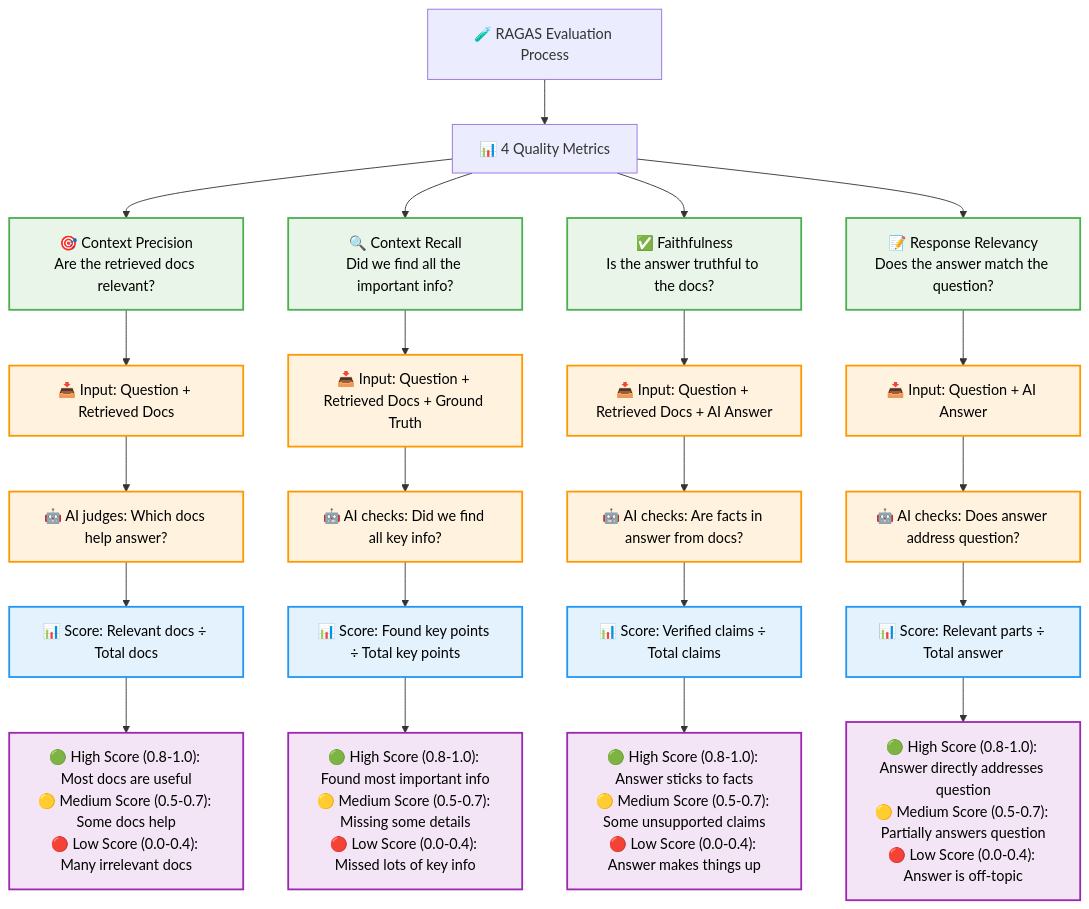
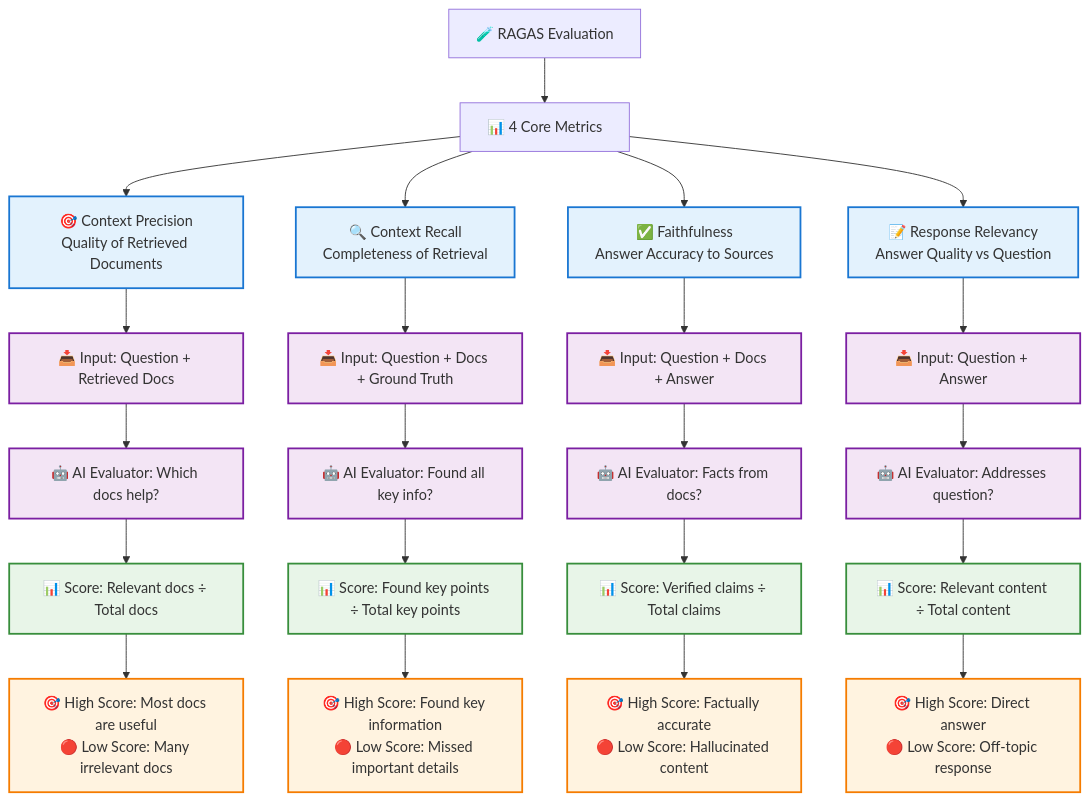
The sixth of 6 diagrams in readme.md (JoanEsquivel/local-rag), drawn with Mermaid before and after one commit. The commit also changed other lines of this file and 5 other files, not shown here.

````diff
--- a/readme.md
+++ b/readme.md
@@ -354,44 +889,43 @@
 ```mermaid
 graph TD
-    A["🧪 RAGAS Evaluation Process"] --> B["📊 4 Quality Metrics"]
+    A["🧪 RAGAS Evaluation"] --> B["📊 4 Core Metrics"]
     
-    B --> C1["🎯 Context Precision<br/>Are the retrieved docs relevant?"]
-    B --> C2["🔍 Context Recall<br/>Did we find all the important info?"]
-    B --> C3["✅ Faithfulness<br/>Is the answer truthful to the docs?"]
-    B --> C4["📝 Response Relevancy<br/>Does the answer match the question?"]
+    B --> C1["🎯 Context Precision<br/>Quality of Retrieved Documents"]
+    B --> C2["🔍 Context Recall<br/>Completeness of Retrieval"]
+    B --> C3["✅ Faithfulness<br/>Answer Accuracy to Sources"]
+    B --> C4["📝 Response Relevancy<br/>Answer Quality vs Question"]
     
-    %% Context Precision Flow
+    %% Context Precision Details
     C1 --> CP1["📥 Input: Question + Retrieved Docs"]
-    CP1 --> CP2["🤖 AI judges: Which docs help answer?"]
+    CP1 --> CP2["🤖 AI Evaluator: Which docs help?"]
     CP2 --> CP3["📊 Score: Relevant docs ÷ Total docs"]
-    CP3 --> CP4["🟢 High Score (0.8-1.0): Most docs are useful<br/>🟡 Medium Score (0.5-0.7): Some docs help<br/>🔴 Low Score (0.0-0.4): Many irrelevant docs"]
+    CP3 --> CP4["🎯 High Score: Most docs are useful<br/>🔴 Low Score: Many irrelevant docs"]
     
-    %% Context Recall Flow  
-    C2 --> CR1["📥 Input: Question + Retrieved Docs + Ground Truth"]
-    CR1 --> CR2["🤖 AI checks: Did we find all key info?"]
+    %% Context Recall Details
+    C2 --> CR1["📥 Input: Question + Docs + Ground Truth"]
+    CR1 --> CR2["🤖 AI Evaluator: Found all key info?"]
     CR2 --> CR3["📊 Score: Found key points ÷ Total key points"]
-    CR3 --> CR4["🟢 High Score (0.8-1.0): Found most important info<br/>🟡 Medium Score (0.5-0.7): Missing some details<br/>🔴 Low Score (0.0-0.4): Missed lots of key info"]
+    CR3 --> CR4["🎯 High Score: Found key information<br/>🔴 Low Score: Missed important details"]
     
-    %% Faithfulness Flow
-    C3 --> F1["📥 Input: Question + Retrieved Docs + AI Answer"]
-    F1 --> F2["🤖 AI checks: Are facts in answer from docs?"]
+    %% Faithfulness Details
+    C3 --> F1["📥 Input: Question + Docs + Answer"]
+    F1 --> F2["🤖 AI Evaluator: Facts from docs?"]
     F2 --> F3["📊 Score: Verified claims ÷ Total claims"]
-    F3 --> F4["🟢 High Score (0.8-1.0): Answer sticks to facts<br/>🟡 Medium Score (0.5-0.7): Some unsupported claims<br/>🔴 Low Score (0.0-0.4): Answer makes things up"]
+    F3 --> F4["🎯 High Score: Factually accurate<br/>🔴 Low Score: Hallucinated content"]
     
-    %% Response Relevancy Flow
-    C4 --> RR1["📥 Input: Question + AI Answer"]
-    RR1 --> RR2["🤖 AI checks: Does answer address question?"]
-    RR2 --> RR3["📊 Score: Relevant parts ÷ Total answer"]
-    RR3 --> RR4["🟢 High Score (0.8-1.0): Answer directly addresses question<br/>🟡 Medium Score (0.5-0.7): Partially answers question<br/>🔴 Low Score (0.0-0.4): Answer is off-topic"]
-
-    %% Styling
-    classDef metricNode fill:#e8f5e8,stroke:#4caf50,stroke-width:2px,color:#000
-    classDef processNode fill:#fff3e0,stroke:#ff9800,stroke-width:2px,color:#000
-    classDef scoreNode fill:#e3f2fd,stroke:#2196f3,stroke-width:2px,color:#000
-    classDef resultNode fill:#f3e5f5,stroke:#9c27b0,stroke-width:2px,color:#000
+    %% Response Relevancy Details
+    C4 --> RR1["📥 Input: Question + Answer"]
+    RR1 --> RR2["🤖 AI Evaluator: Addresses question?"]
+    RR2 --> RR3["📊 Score: Relevant content ÷ Total content"]
+    RR3 --> RR4["🎯 High Score: Direct answer<br/>🔴 Low Score: Off-topic response"]
+    
+    classDef metricNode fill:#e3f2fd,stroke:#1976d2,stroke-width:2px
+    classDef processNode fill:#f3e5f5,stroke:#7b1fa2,stroke-width:2px
+    classDef scoreNode fill:#e8f5e8,stroke:#388e3c,stroke-width:2px
+    classDef resultNode fill:#fff3e0,stroke:#f57c00,stroke-width:2px
     
     class C1,C2,C3,C4 metricNode
     class CP1,CR1,F1,RR1,CP2,CR2,F2,RR2 processNode
     class CP3,CR3,F3,RR3 scoreNode
     class CP4,CR4,F4,RR4 resultNode
 ```
````
